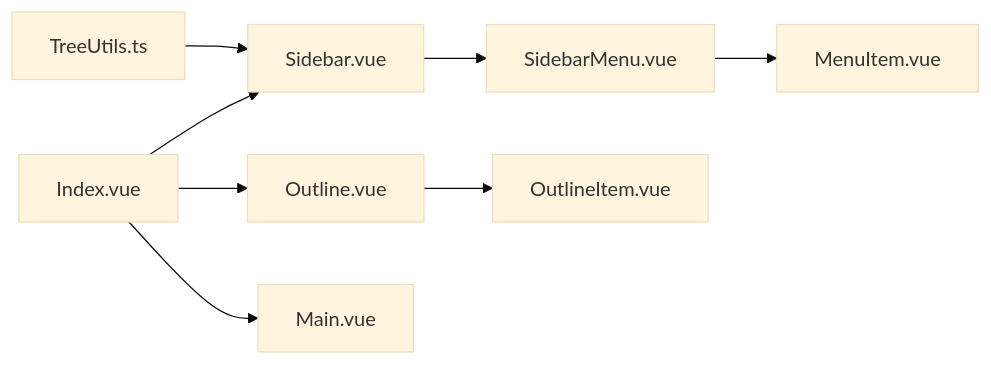
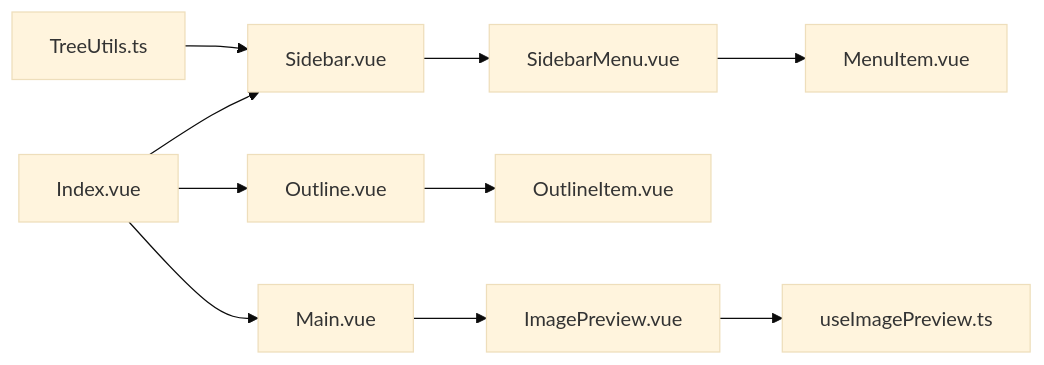
One commit to terwer/siyuan-plugin-blog changed the seventh of 7 diagrams in .qoder/repowiki/zh/content/核心功能/UI 组件系统/内容组件.md. Above: the diagram before and after it, drawn with Mermaid (base theme). The commit also changed other lines of this file and 407 other files, not shown here.

````diff
--- a/.qoder/repowiki/zh/content/核心功能/UI 组件系统/内容组件.md
+++ b/.qoder/repowiki/zh/content/核心功能/UI 组件系统/内容组件.md
@@ -310,10 +412,12 @@
 ```mermaid
 graph LR
 TU["TreeUtils.ts"] --> SB["Sidebar.vue"]
 SB --> SMB["SidebarMenu.vue"]
 SMB --> MB["MenuItem.vue"]
 OUT["Outline.vue"] --> OI["OutlineItem.vue"]
 IDX["Index.vue"] --> SB
 IDX --> OUT
 IDX --> M["Main.vue"]
+M --> IP["ImagePreview.vue"]
+IP --> UV["useImagePreview.ts"]
 ```
````
